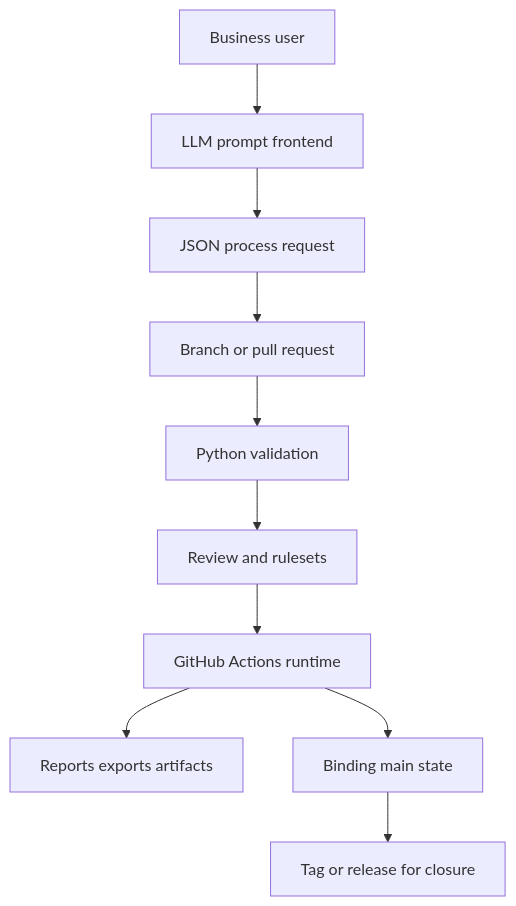
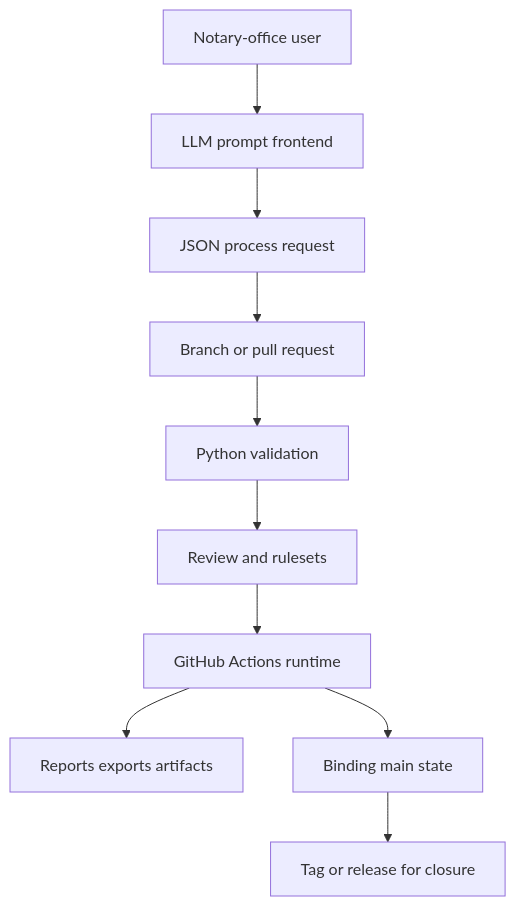
Before and after one commit to notariat8/NaC: the second of 4 diagrams in docs/en/architecture.md, drawn with Mermaid. The commit also changed other lines of this file and 175 other files, not shown here.

````diff
--- a/docs/en/architecture.md
+++ b/docs/en/architecture.md
@@ -41,12 +41,12 @@
 ```mermaid
 flowchart TD
-    User["Business user"] --> Prompt["LLM prompt frontend"]
+    User["Notary-office user"] --> Prompt["LLM prompt frontend"]
     Prompt --> Draft["JSON process request"]
     Draft --> GitChange["Branch or pull request"]
     GitChange --> Validate["Python validation"]
     Validate --> Review["Review and rulesets"]
     Review --> Runtime["GitHub Actions runtime"]
     Runtime --> Outputs["Reports exports artifacts"]
     Runtime --> MainState["Binding main state"]
     MainState --> Close["Tag or release for closure"]
 ```
````
